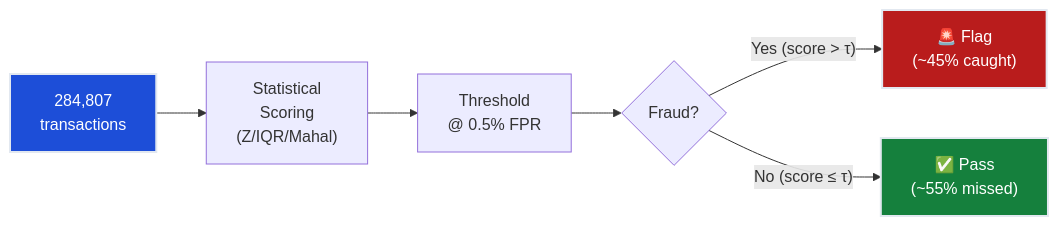
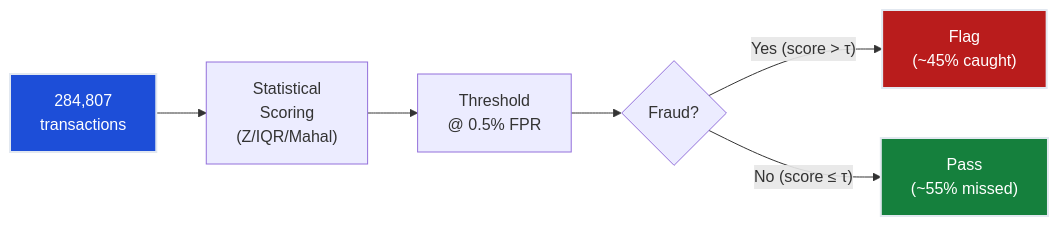
Before and after one commit to deepakshamsft/ai-portfolio: the first of 3 diagrams in notes/ML/05-AnomalyDetection/ch01-statistical-methods/README.md, drawn with Mermaid. The commit also changed other lines of this file and 50 other files, not shown here.

````diff
--- a/notes/ML/05-AnomalyDetection/ch01-statistical-methods/README.md
+++ b/notes/ML/05-AnomalyDetection/ch01-statistical-methods/README.md
@@ -42,10 +42,10 @@
 ```mermaid
 flowchart LR
     DATA["284,807\ntransactions"] --> SCORE["Statistical\nScoring\n(Z/IQR/Mahal)"] --> THRESH["Threshold\n@ 0.5% FPR"] --> DEC{"Fraud?"}
-    DEC -->|"Yes (score > τ)"| FLAG["🚨 Flag\n(~45% caught)"]
-    DEC -->|"No (score ≤ τ)"| PASS["✅ Pass\n(~55% missed)"]
+    DEC -->|"Yes (score > τ)"| FLAG["Flag\n(~45% caught)"]
+    DEC -->|"No (score ≤ τ)"| PASS["Pass\n(~55% missed)"]
 
     style DATA fill:#1d4ed8,stroke:#e2e8f0,stroke-width:2px,color:#ffffff
     style FLAG fill:#b91c1c,stroke:#e2e8f0,stroke-width:2px,color:#ffffff
     style PASS fill:#15803d,stroke:#e2e8f0,stroke-width:2px,color:#ffffff
 ```
````
